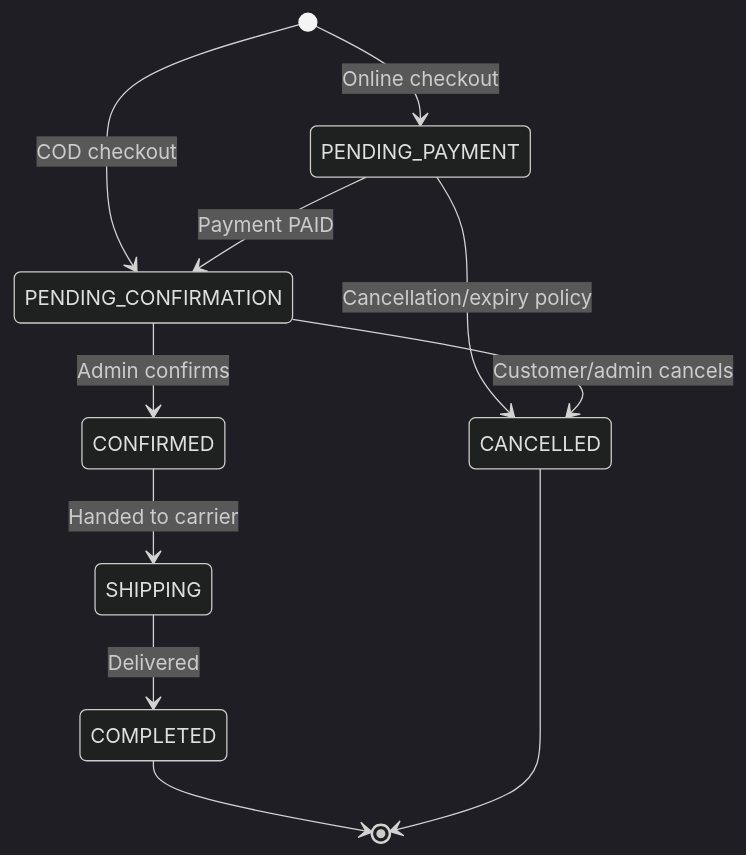
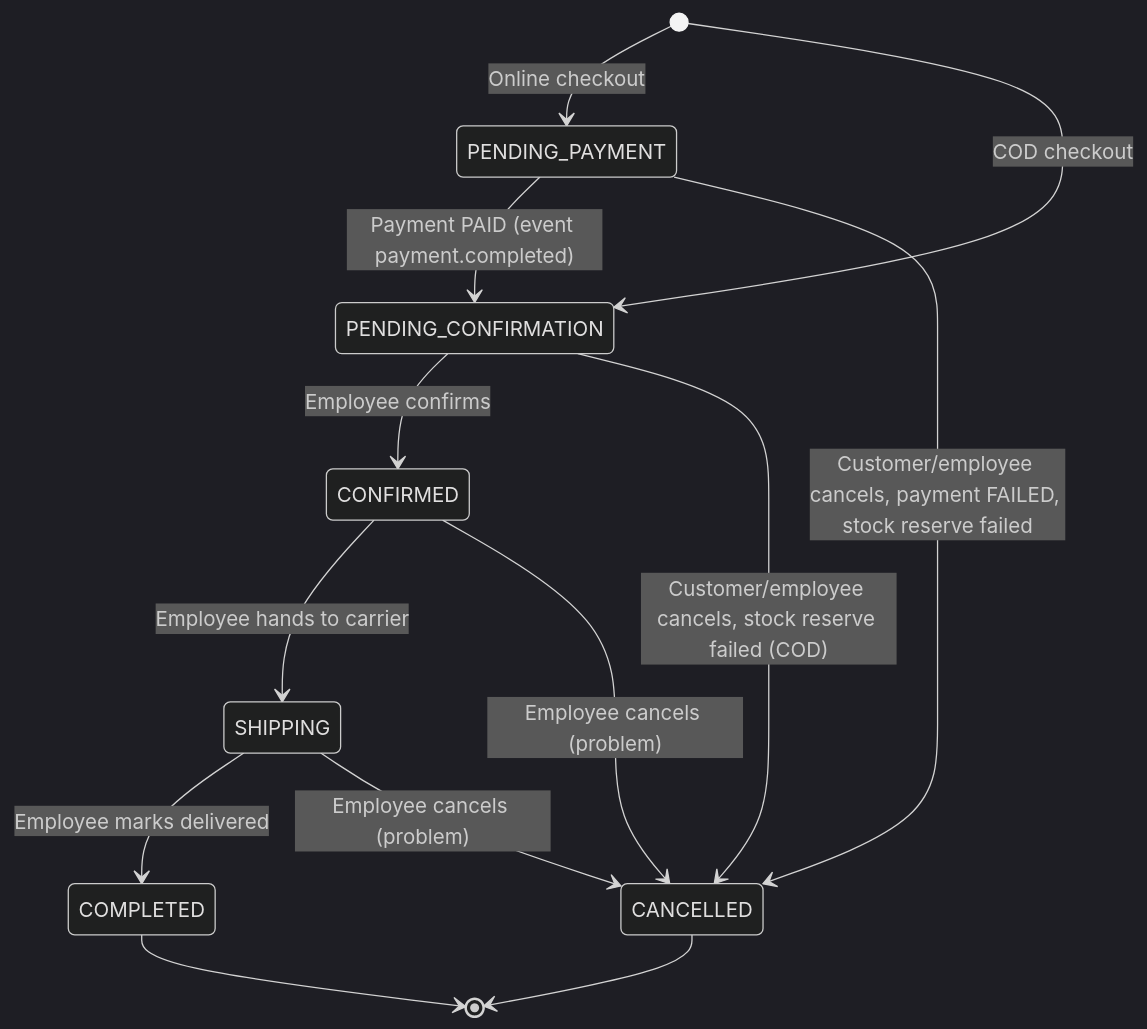
The diagram in 01-business/workflows/order-lifecycle.md (pc-shopping-assistant-org/docs), drawn with Mermaid (dark theme) before and after one commit. The commit also changed other lines of this file and 76 other files, not shown here.

````diff
--- a/01-business/workflows/order-lifecycle.md
+++ b/01-business/workflows/order-lifecycle.md
@@ -5,13 +5,15 @@
 ```mermaid
 stateDiagram-v2
     [*] --> PENDING_PAYMENT: Online checkout
     [*] --> PENDING_CONFIRMATION: COD checkout
-    PENDING_PAYMENT --> PENDING_CONFIRMATION: Payment PAID
-    PENDING_PAYMENT --> CANCELLED: Cancellation/expiry policy
-    PENDING_CONFIRMATION --> CONFIRMED: Admin confirms
-    PENDING_CONFIRMATION --> CANCELLED: Customer/admin cancels
-    CONFIRMED --> SHIPPING: Handed to carrier
-    SHIPPING --> COMPLETED: Delivered
+    PENDING_PAYMENT --> PENDING_CONFIRMATION: Payment PAID (event payment.completed)
+    PENDING_PAYMENT --> CANCELLED: Customer/employee cancels, payment FAILED, stock reserve failed
+    PENDING_CONFIRMATION --> CONFIRMED: Employee confirms
+    PENDING_CONFIRMATION --> CANCELLED: Customer/employee cancels, stock reserve failed (COD)
+    CONFIRMED --> SHIPPING: Employee hands to carrier
+    CONFIRMED --> CANCELLED: Employee cancels (problem)
+    SHIPPING --> COMPLETED: Employee marks delivered
+    SHIPPING --> CANCELLED: Employee cancels (problem)
     COMPLETED --> [*]
     CANCELLED --> [*]
 ```
````
